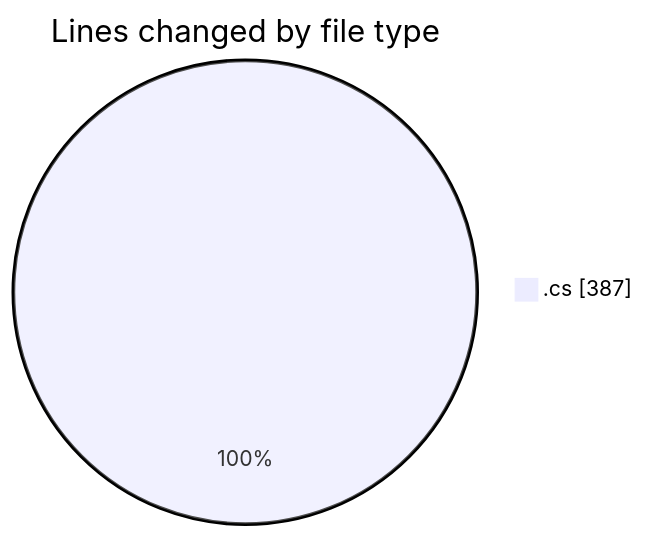
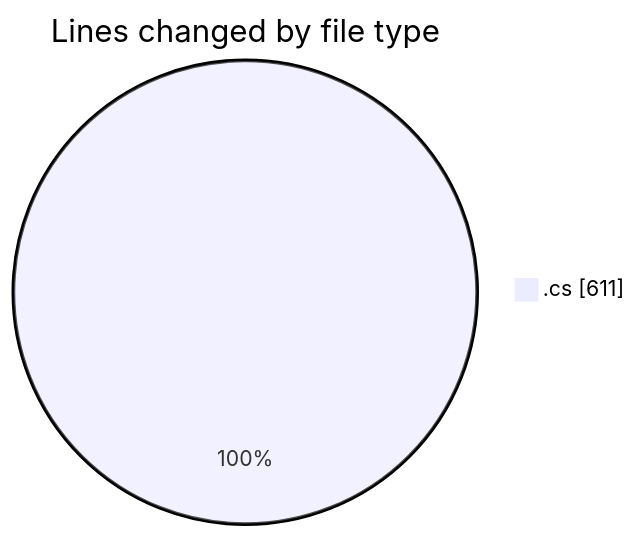
Before and after one commit to Netris89/code-tracking: the first of 2 diagrams in 2025-03-13/back-end/README.md, drawn with Mermaid. The commit also changed other lines of this file and 1 other file, not shown here.

````diff
--- a/2025-03-13/back-end/README.md
+++ b/2025-03-13/back-end/README.md
@@ -23,5 +25,5 @@
 ```mermaid
 pie showData
 title Lines changed by file type
-".cs" : 387
+".cs" : 611
 ```
````
